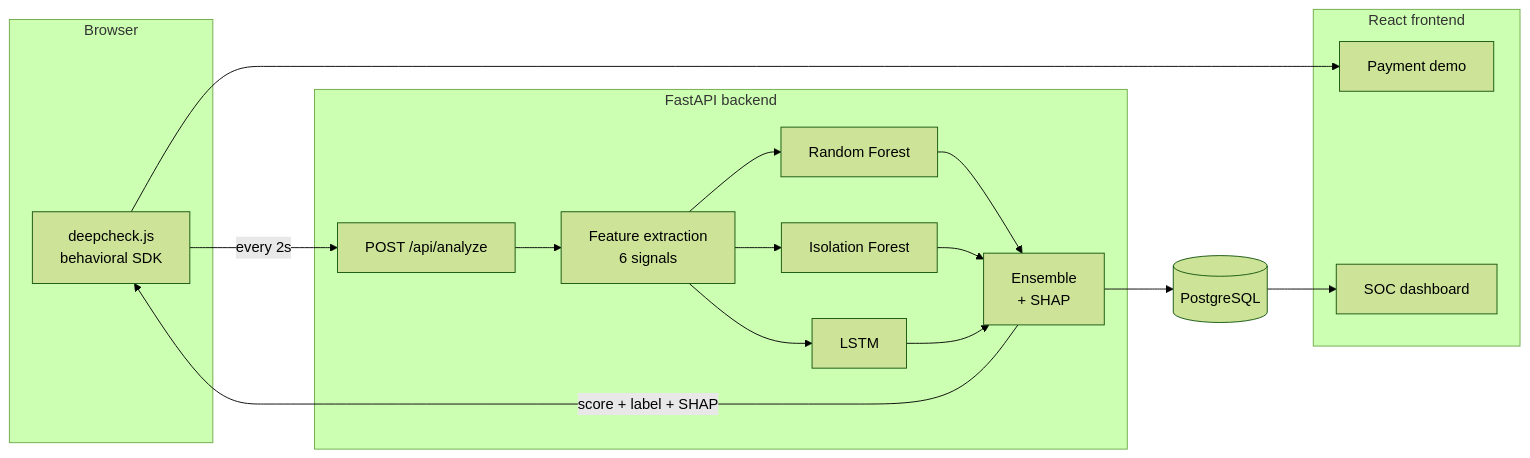
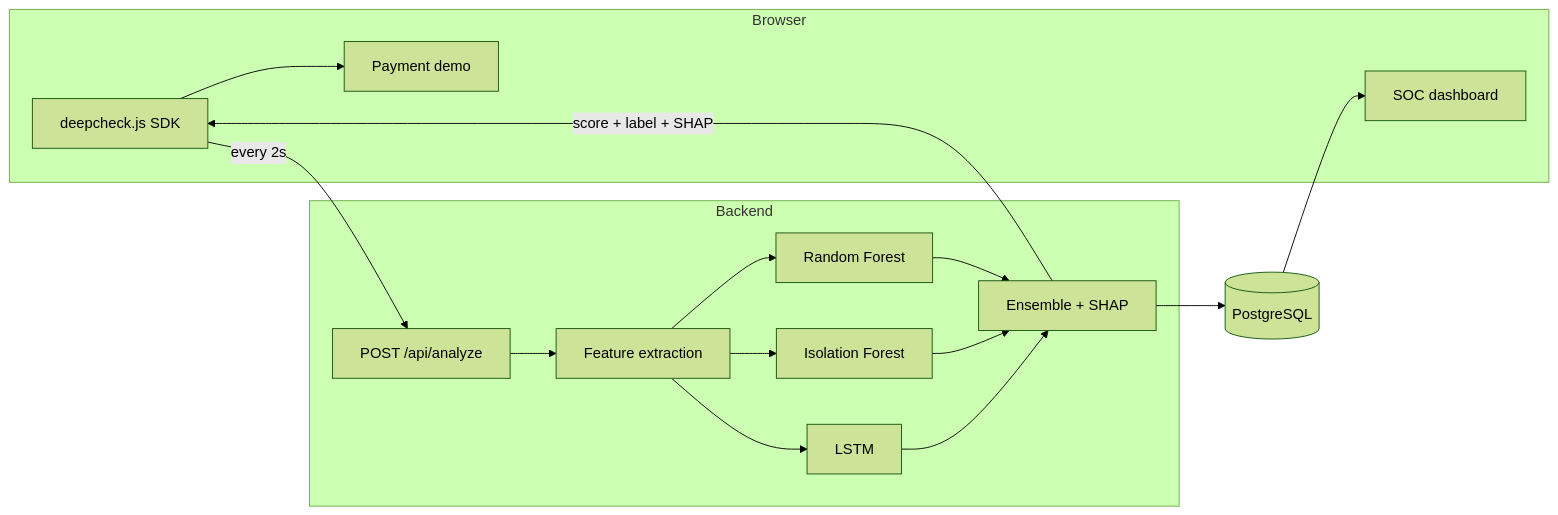
Before and after one commit to hhuseynov0707-web/deepcheck: the diagram in README.md, drawn with Mermaid (forest theme).

Commit message:
Use conservative mermaid syntax so GitHub renders the diagram
GitHub's mermaid parser silently declined the previous diagram -- no error
banner, just the raw code fence left on the page. The cause was newer
syntax: ampersand multi-node edges (C --> D & E & F), a chained edge after
a labelled one (A -->|every 2s| B --> C), and bracket-titled subgraphs.
Rewritten as one edge per line with plain subgraph names, which every
mermaid version supports.

````diff
--- a/README.md
+++ b/README.md
@@ -34,27 +34,32 @@
 ```mermaid
 flowchart LR
     subgraph Browser
-        A["deepcheck.js<br/>behavioral SDK"]
-    end
-    subgraph Backend["FastAPI backend"]
-        B["POST /api/analyze"]
-        C["Feature extraction<br/>6 signals"]
-        D["Random Forest"]
-        E["Isolation Forest"]
-        F["LSTM"]
-        G["Ensemble<br/>+ SHAP"]
-    end
-    H[("PostgreSQL")]
-    subgraph Frontend["React frontend"]
-        I["Payment demo"]
-        J["SOC dashboard"]
+        A[deepcheck.js SDK]
+        I[Payment demo]
+        J[SOC dashboard]
     end
 
-    A -->|"every 2s"| B --> C
-    C --> D & E & F
-    D & E & F --> G
+    subgraph Backend
+        B[POST /api/analyze]
+        C[Feature extraction]
+        D[Random Forest]
+        E[Isolation Forest]
+        F[LSTM]
+        G[Ensemble + SHAP]
+    end
+
+    H[(PostgreSQL)]
+
+    A -->|every 2s| B
+    B --> C
+    C --> D
+    C --> E
+    C --> F
+    D --> G
+    E --> G
+    F --> G
     G --> H
-    G -->|"score + label + SHAP"| A
+    G -->|score + label + SHAP| A
     A --> I
     H --> J
 ```
````
